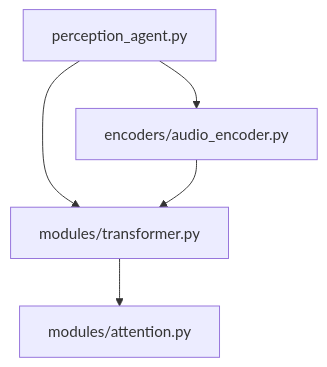
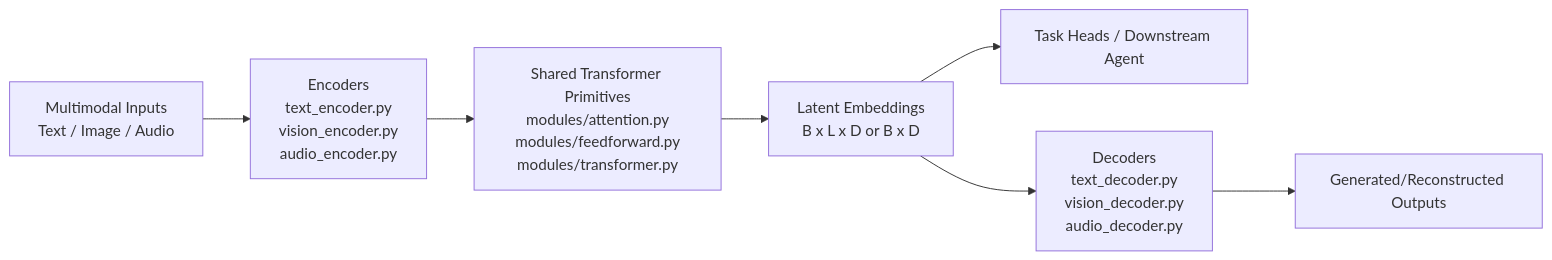
One commit to The-Outsider-97/SLAI changed the diagram in src/agents/perception/README.md. Above: the diagram before and after it, drawn with Mermaid. The commit also changed other lines of this file, not shown here.

````diff
--- a/src/agents/perception/README.md
+++ b/src/agents/perception/README.md
@@ -37,8 +42,17 @@
 ```mermaid
-graph TD  
-  A[perception_agent.py] --> B[modules/transformer.py]  
-  A --> C[encoders/audio_encoder.py]  
-  C --> B  
-  B --> D[modules/attention.py]  
+flowchart LR
+    A[Multimodal Inputs\nText / Image / Audio]
+    B[Encoders\ntext_encoder.py\nvision_encoder.py\naudio_encoder.py]
+    C[Shared Transformer Primitives\nmodules/attention.py\nmodules/feedforward.py\nmodules/transformer.py]
+    D[Latent Embeddings<br/>B x L x D or B x D]
+    E[Task Heads / Downstream Agent]
+    F[Decoders\ntext_decoder.py\nvision_decoder.py\naudio_decoder.py]
+    G[Generated/Reconstructed Outputs]
 
+    A --> B
+    B --> C
+    C --> D
+    D --> E
+    D --> F
+    F --> G
 ```
````
